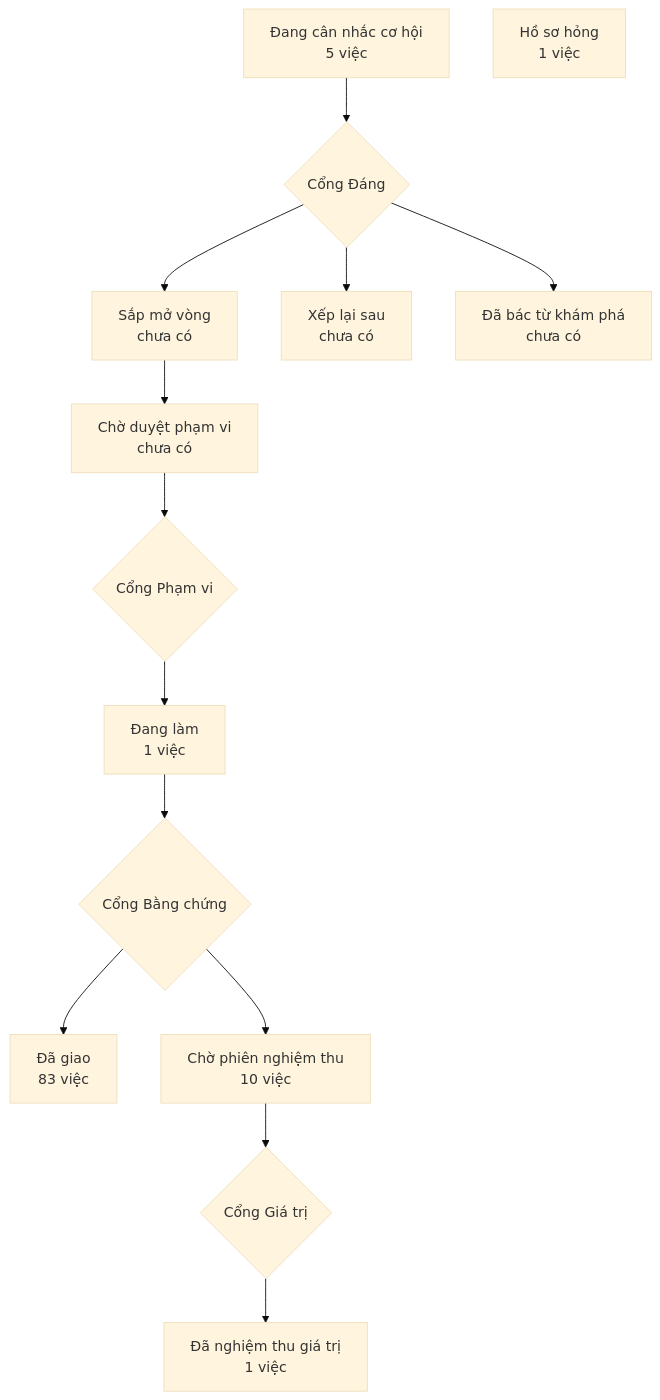
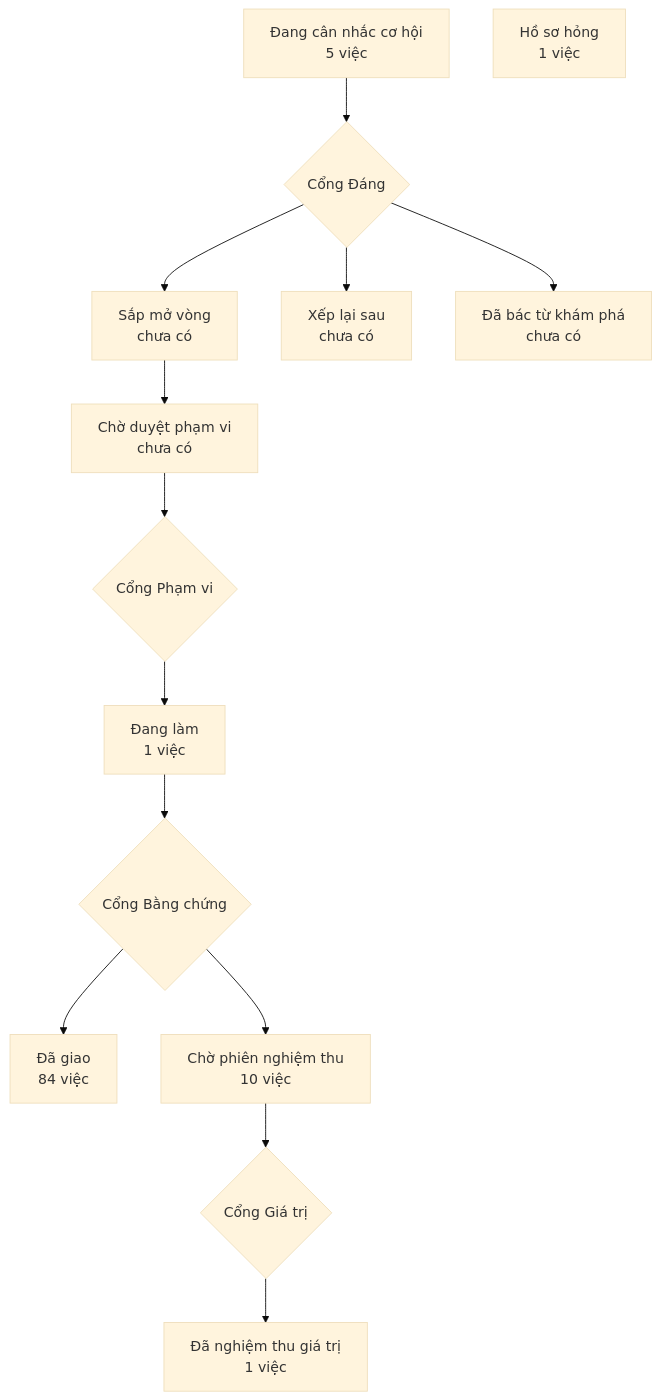
Before and after one commit to phanlemanh/crm-onehub: the diagram in PRODUCT-MAP.md, drawn with Mermaid (base theme).

Commit message:
chore(khoa-rieng-dien-node): vẽ lại bản đồ sau gộp onehub #148

````diff
--- a/PRODUCT-MAP.md
+++ b/PRODUCT-MAP.md
@@ -6,13 +6,13 @@
 ```mermaid
 flowchart TD
   A["Đang cân nhắc cơ hội<br/>5 việc"] --> GD{"Cổng Đáng"}
   GD --> B["Sắp mở vòng<br/>chưa có"]
   GD --> XL["Xếp lại sau<br/>chưa có"]
   GD --> DB["Đã bác từ khám phá<br/>chưa có"]
   B --> CD["Chờ duyệt phạm vi<br/>chưa có"] --> GP{"Cổng Phạm vi"}
   GP --> DL["Đang làm<br/>1 việc"] --> GB{"Cổng Bằng chứng"}
-  GB --> DG["Đã giao<br/>83 việc"]
+  GB --> DG["Đã giao<br/>84 việc"]
   GB --> CN["Chờ phiên nghiệm thu<br/>10 việc"] --> GG{"Cổng Giá trị"}
   GG --> NT["Đã nghiệm thu giá trị<br/>1 việc"]
   HS["Hồ sơ hỏng<br/>1 việc"]
 ```
````
